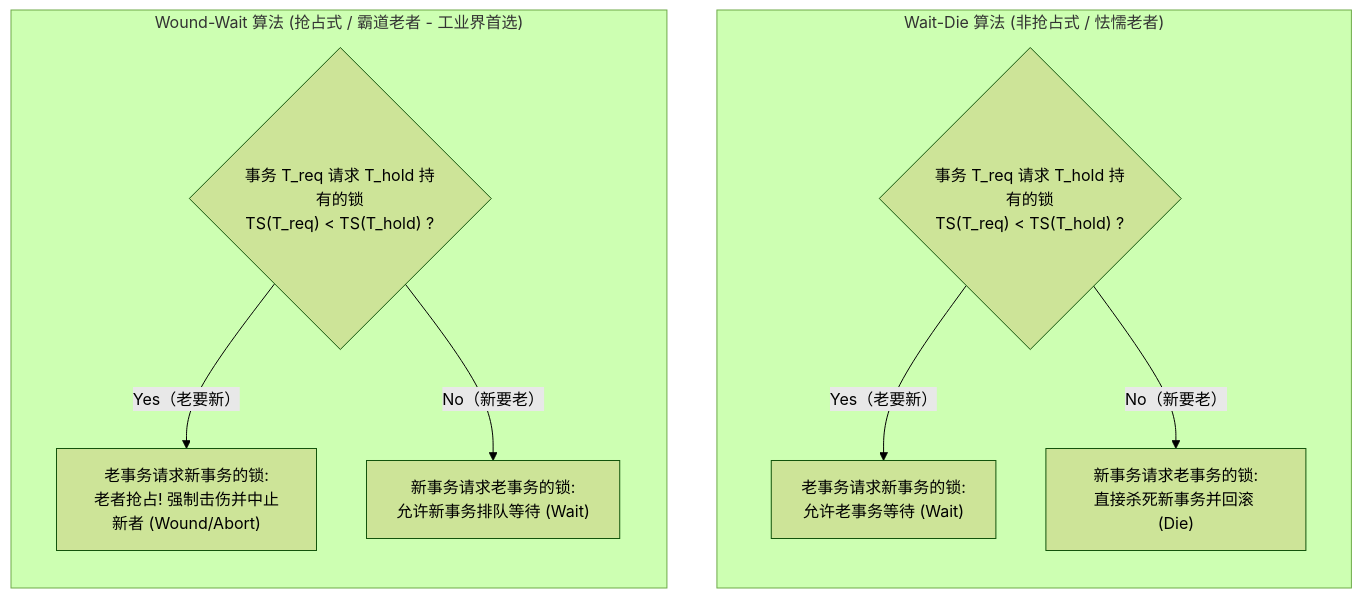
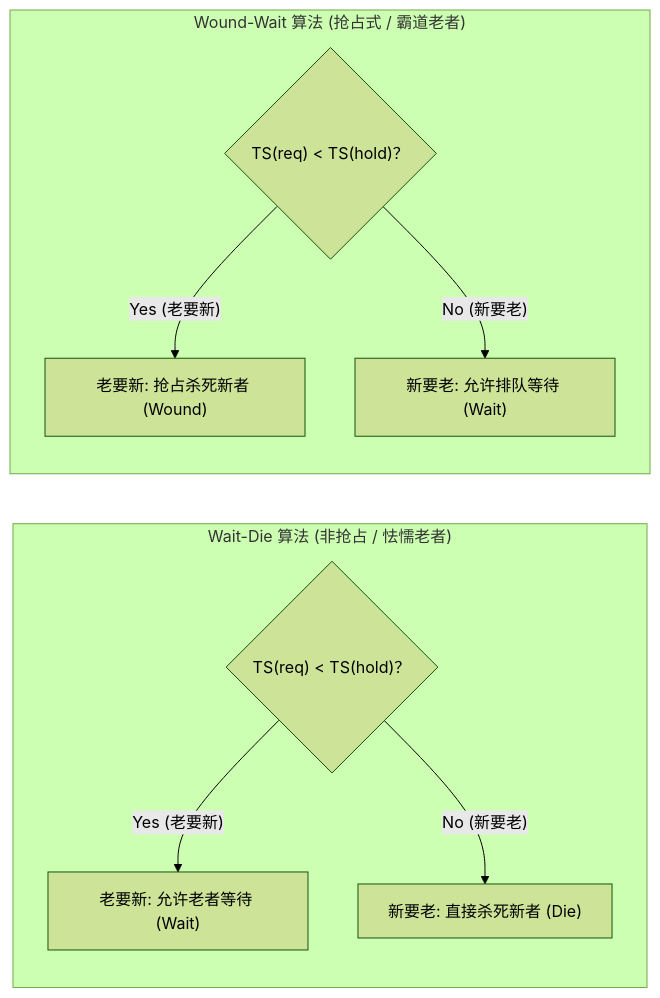
One commit to MoreConsequence/MoreConsequence.github.io changed the third of 4 diagrams in content/posts/interview-deep-dives/interview-58-distributed-deadlock-detection-engine.md. Above: the diagram before and after it, drawn with Mermaid (forest theme). The commit also changed other lines of this file and 835 other files, not shown here.

First line of the commit message:
feat(blog): 全站33篇新增深度专栏与博文全量审核上线及矢量图表优化

````diff
--- a/content/posts/interview-deep-dives/interview-58-distributed-deadlock-detection-engine.md
+++ b/content/posts/interview-deep-dives/interview-58-distributed-deadlock-detection-engine.md
@@ -127,20 +128,20 @@
 ```mermaid
-flowchart TD
-    subgraph WaitDie["Wait-Die 算法 (非抢占式 / 怯懦老者)"]
+flowchart LR
+    subgraph WaitDie["Wait-Die 算法 (非抢占 / 怯懦老者)"]
         direction TB
-        WD_Cond{"事务 T_req 请求 T_hold 持有的锁\nTS(T_req) < TS(T_hold) ?"}
-        WD_Yes["老事务请求新事务的锁:\n允许老事务等待 (Wait)"]
-        WD_No["新事务请求老事务的锁:\n直接杀死新事务并回滚 (Die)"]
-        WD_Cond -->|"Yes（老要新）"| WD_Yes
-        WD_Cond -->|"No（新要老）"| WD_No
+        WD_Cond{"TS(req) < TS(hold)？"}
+        WD_Yes["老要新: 允许老者等待 (Wait)"]
+        WD_No["新要老: 直接杀死新者 (Die)"]
+        WD_Cond -->|"Yes (老要新)"| WD_Yes
+        WD_Cond -->|"No (新要老)"| WD_No
     end
 
-    subgraph WoundWait["Wound-Wait 算法 (抢占式 / 霸道老者 - 工业界首选)"]
+    subgraph WoundWait["Wound-Wait 算法 (抢占式 / 霸道老者)"]
         direction TB
-        WW_Cond{"事务 T_req 请求 T_hold 持有的锁\nTS(T_req) < TS(T_hold) ?"}
-        WW_Yes["老事务请求新事务的锁:\n老者抢占! 强制击伤并中止新者 (Wound/Abort)"]
-        WW_No["新事务请求老事务的锁:\n允许新事务排队等待 (Wait)"]
-        WW_Cond -->|"Yes（老要新）"| WW_Yes
-        WW_Cond -->|"No（新要老）"| WW_No
+        WW_Cond{"TS(req) < TS(hold)？"}
+        WW_Yes["老要新: 抢占杀死新者 (Wound)"]
+        WW_No["新要老: 允许排队等待 (Wait)"]
+        WW_Cond -->|"Yes (老要新)"| WW_Yes
+        WW_Cond -->|"No (新要老)"| WW_No
     end
 ```
````
